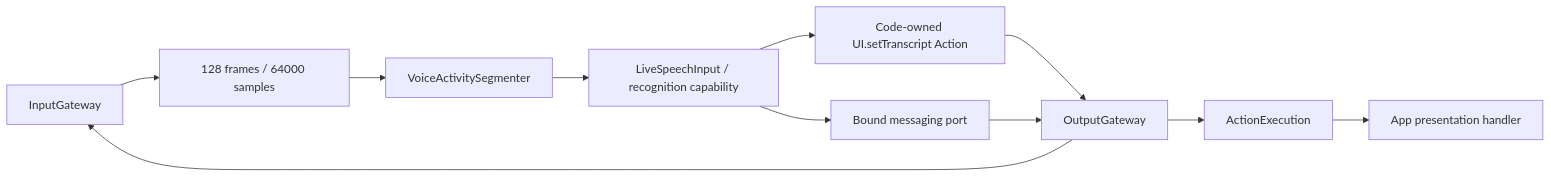
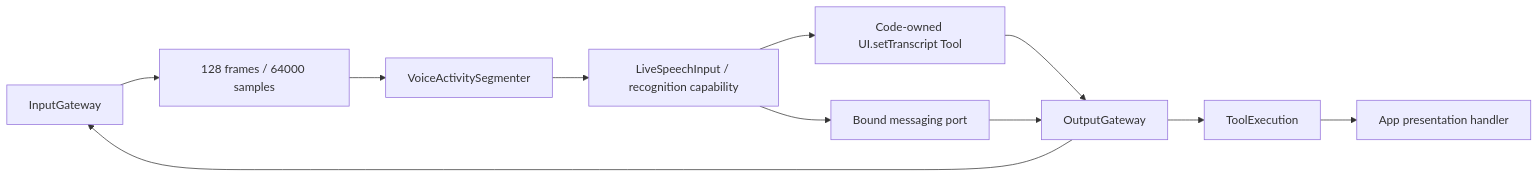
Before and after one commit to devilyouwei/MobileHarness: the first of 2 diagrams in MobileHarness/Agents/SpeechPerception/README.md, drawn with Mermaid. The commit also changed other lines of this file and 33 other files, not shown here.

````diff
--- a/MobileHarness/Agents/SpeechPerception/README.md
+++ b/MobileHarness/Agents/SpeechPerception/README.md
@@ -5,12 +5,12 @@
 ```mermaid
 flowchart LR
     InputGateway --> Inbox[128 frames / 64000 samples]
     Inbox --> VAD[VoiceActivitySegmenter]
     VAD --> ASR[LiveSpeechInput / recognition capability]
-    ASR --> Caption[Code-owned UI.setTranscript Action]
+    ASR --> Caption[Code-owned UI.setTranscript Tool]
     Caption --> OutputGateway
-    OutputGateway --> ActionExecution --> UI[App presentation handler]
+    OutputGateway --> ToolExecution --> UI[App presentation handler]
     ASR --> Port[Bound messaging port]
     Port --> OutputGateway
     OutputGateway --> InputGateway
 ```
````
